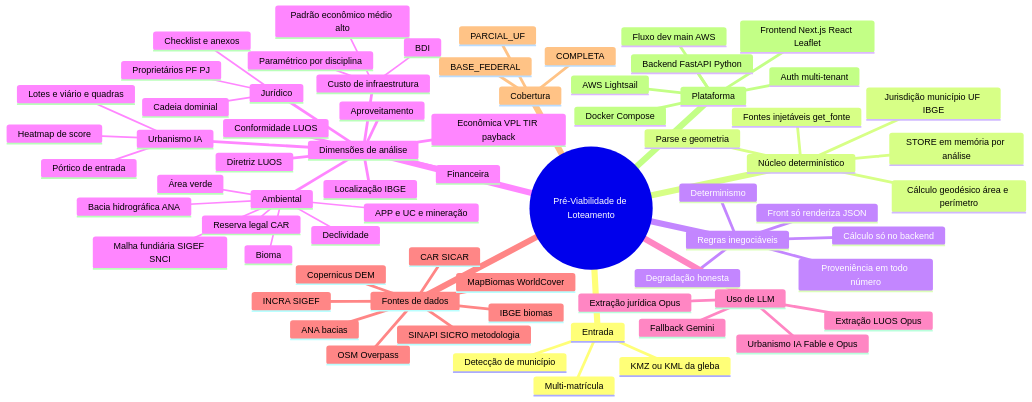
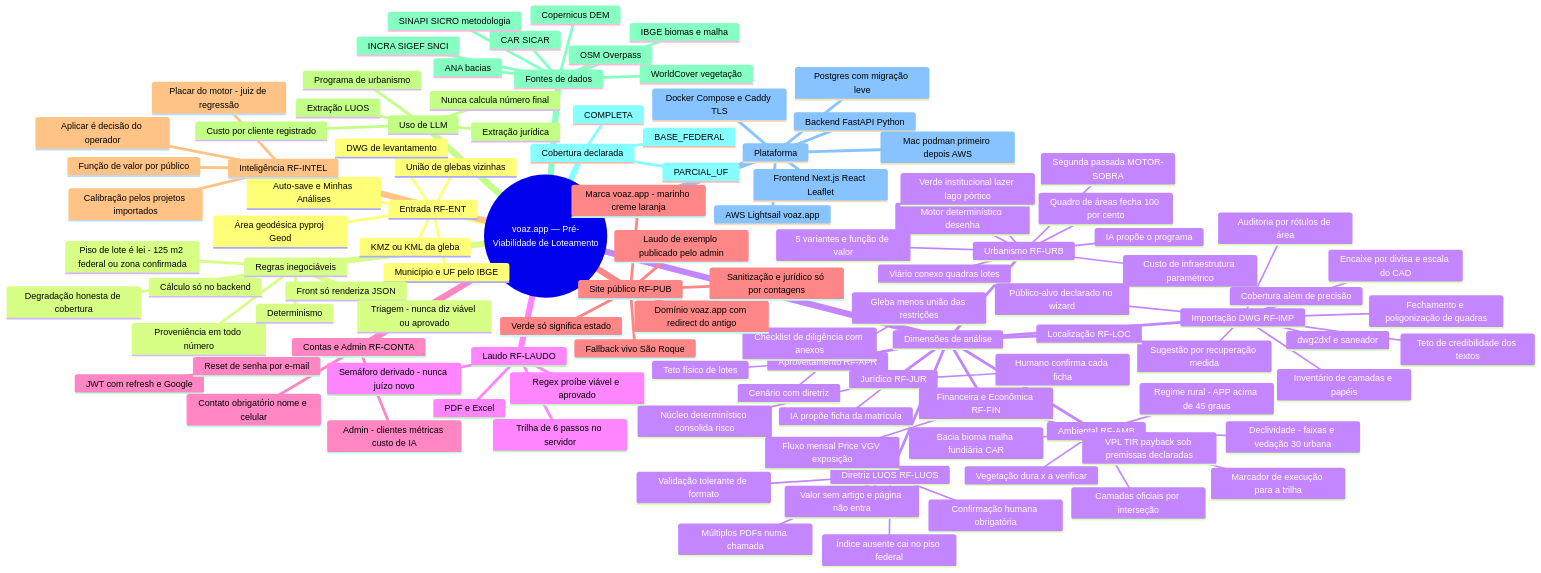
The diagram in docs/mapa-mental.md (marvieir/viabilidade_loteamentos), drawn with Mermaid before and after one commit. The commit also changed other lines of this file and 2 other files, not shown here.

Commit message:
docs: mapa mental atualizado (voaz.app, RF-*) + regra de documentação viva no CLAUDE.md
Claude-Session: https://claude.ai/code/session_01124i51TChkYdJetN6pSise

````diff
--- a/docs/mapa-mental.md
+++ b/docs/mapa-mental.md
@@ -7,72 +11,113 @@
 ```mermaid
 mindmap
-  root((Pré-Viabilidade de Loteamento))
-    Entrada
+  root((voaz.app — Pré-Viabilidade de Loteamento))
+    Entrada RF-ENT
       KMZ ou KML da gleba
-      Multi-matrícula
-      Detecção de município
-    Núcleo determinístico
-      Parse e geometria
-      Cálculo geodésico área e perímetro
-      Jurisdição município UF IBGE
-      STORE em memória por análise
-      Fontes injetáveis get_fonte
+      União de glebas vizinhas
+      Município e UF pelo IBGE
+      Área geodésica pyproj Geod
+      Auto-save e Minhas Análises
+      DWG de levantamento
     Regras inegociáveis
       Cálculo só no backend
       Front só renderiza JSON
       Proveniência em todo número
       Determinismo
-      Degradação honesta
+      Degradação honesta de cobertura
+      Piso de lote é lei - 125 m2 federal ou zona confirmada
+      Triagem - nunca diz viável ou aprovado
     Dimensões de análise
-      Ambiental
-        Área verde
-        Declividade
-        Bacia hidrográfica ANA
-        Malha fundiária SIGEF SNCI
-        Bioma
-        APP e UC e mineração
-        Reserva legal CAR
-      Aproveitamento
-      Urbanismo IA
-        Lotes e viário e quadras
-        Pórtico de entrada
-        Heatmap de score
-      Custo de infraestrutura
-        Paramétrico por disciplina
-        Padrão econômico médio alto
-        BDI
-      Conformidade LUOS
-      Jurídico
-        Cadeia dominial
-        Proprietários PF PJ
-        Checklist e anexos
-      Financeira
-      Econômica VPL TIR payback
-      Localização IBGE
-      Diretriz LUOS
+      Ambiental RF-AMB
+        Camadas oficiais por interseção
+        Vegetação dura x a verificar
+        Declividade - faixas e vedação 30 urbana
+        Regime rural - APP acima de 45 graus
+        Bacia bioma malha fundiária CAR
+        Marcador de execução para a trilha
+      Aproveitamento RF-APR
+        Gleba menos união das restrições
+        Teto físico de lotes
+        Cenário com diretriz
+      Urbanismo RF-URB
+        IA propõe o programa
+        Motor determinístico desenha
+        Viário conexo quadras lotes
+        Verde institucional lazer lago pórtico
+        5 variantes e função de valor
+        Segunda passada MOTOR-SOBRA
+        Quadro de áreas fecha 100 por cento
+        Custo de infraestrutura paramétrico
+      Importação DWG RF-IMP
+        dwg2dxf e saneador
+        Inventário de camadas e papéis
+        Sugestão por recuperação medida
+        Fechamento e poligonização de quadras
+        Auditoria por rótulos de área
+        Cobertura além de precisão
+        Teto de credibilidade dos textos
+        Encaixe por divisa e escala do CAD
+        Público-alvo declarado no wizard
+      Diretriz LUOS RF-LUOS
+        Múltiplos PDFs numa chamada
+        Valor sem artigo e página não entra
+        Validação tolerante de formato
+        Confirmação humana obrigatória
+        Índice ausente cai no piso federal
+      Jurídico RF-JUR
+        IA propõe ficha da matrícula
+        Humano confirma cada ficha
+        Núcleo determinístico consolida risco
+        Checklist de diligência com anexos
+      Financeira e Econômica RF-FIN
+        Fluxo mensal Price VGV exposição
+        VPL TIR payback sob premissas declaradas
+      Localização RF-LOC
+    Laudo RF-LAUDO
+      Semáforo derivado - nunca juízo novo
+      PDF e Excel
+      Trilha de 6 passos no servidor
+      Regex proíbe viável e aprovado
+    Contas e Admin RF-CONTA
+      JWT com refresh e Google
+      Reset de senha por e-mail
+      Contato obrigatório nome e celular
+      Admin - clientes métricas custo de IA
+    Site público RF-PUB
+      Marca voaz.app - marinho creme laranja
+      Verde só significa estado
+      Domínio voaz.app com redirect do antigo
+      Laudo de exemplo publicado pelo admin
+      Sanitização e jurídico só por contagens
+      Fallback vivo São Roque
+    Inteligência RF-INTEL
+      Placar do motor - juiz de regressão
+      Função de valor por público
+      Calibração pelos projetos importados
+      Aplicar é decisão do operador
     Uso de LLM
-      Extração LUOS Opus
-      Urbanismo IA Fable e Opus
-      Extração jurídica Opus
-      Fallback Gemini
+      Extração LUOS
+      Programa de urbanismo
+      Extração jurídica
+      Nunca calcula número final
+      Custo por cliente registrado
     Fontes de dados
       OSM Overpass
       CAR SICAR
-      IBGE biomas
+      IBGE biomas e malha
       ANA bacias
-      INCRA SIGEF
+      INCRA SIGEF SNCI
       Copernicus DEM
-      MapBiomas WorldCover
+      WorldCover vegetação
       SINAPI SICRO metodologia
-    Cobertura
+    Cobertura declarada
       BASE_FEDERAL
       PARCIAL_UF
       COMPLETA
     Plataforma
       Backend FastAPI Python
       Frontend Next.js React Leaflet
-      Auth multi-tenant
-      Docker Compose
-      AWS Lightsail
-      Fluxo dev main AWS
+      Postgres com migração leve
+      Docker Compose e Caddy TLS
+      Mac podman primeiro depois AWS
+      AWS Lightsail voaz.app
 ```
````
